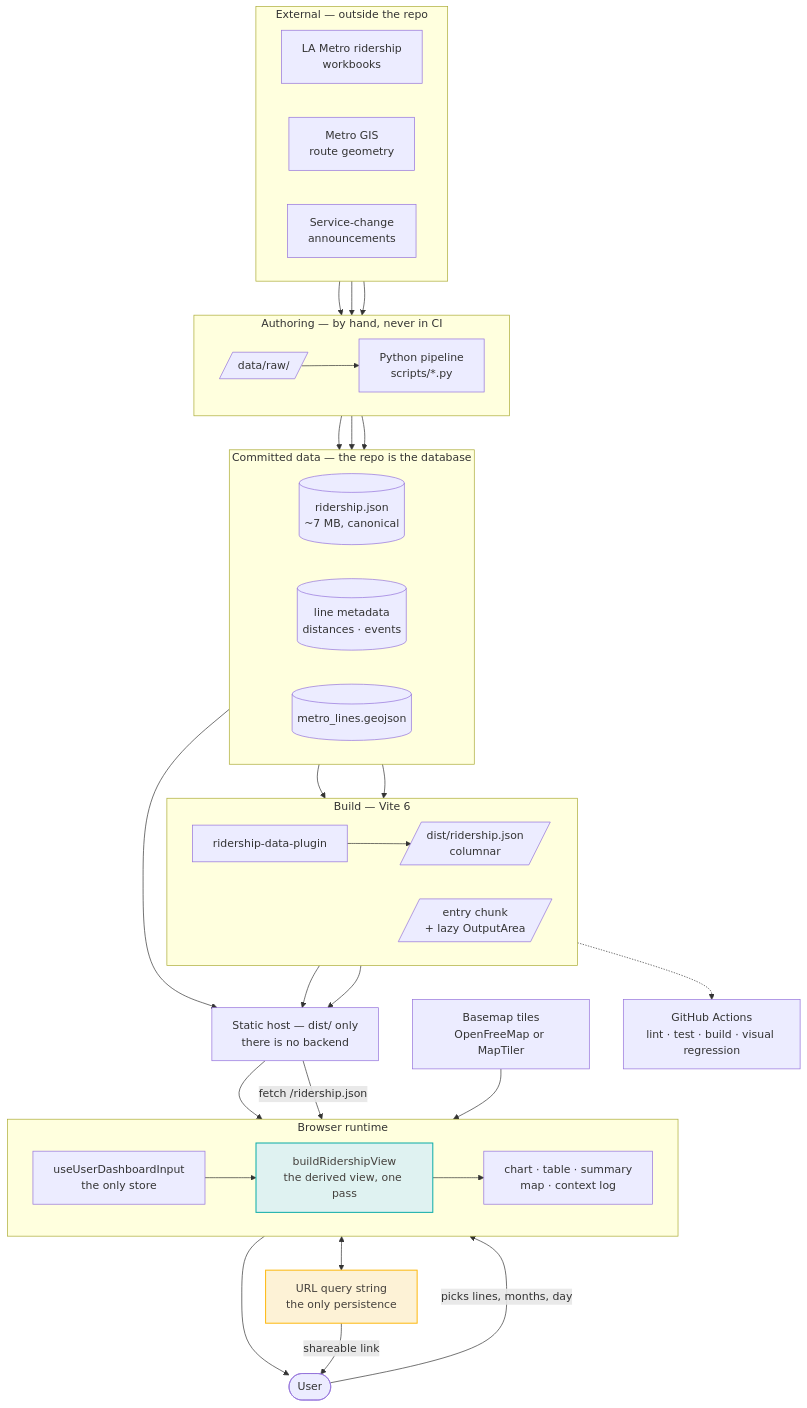
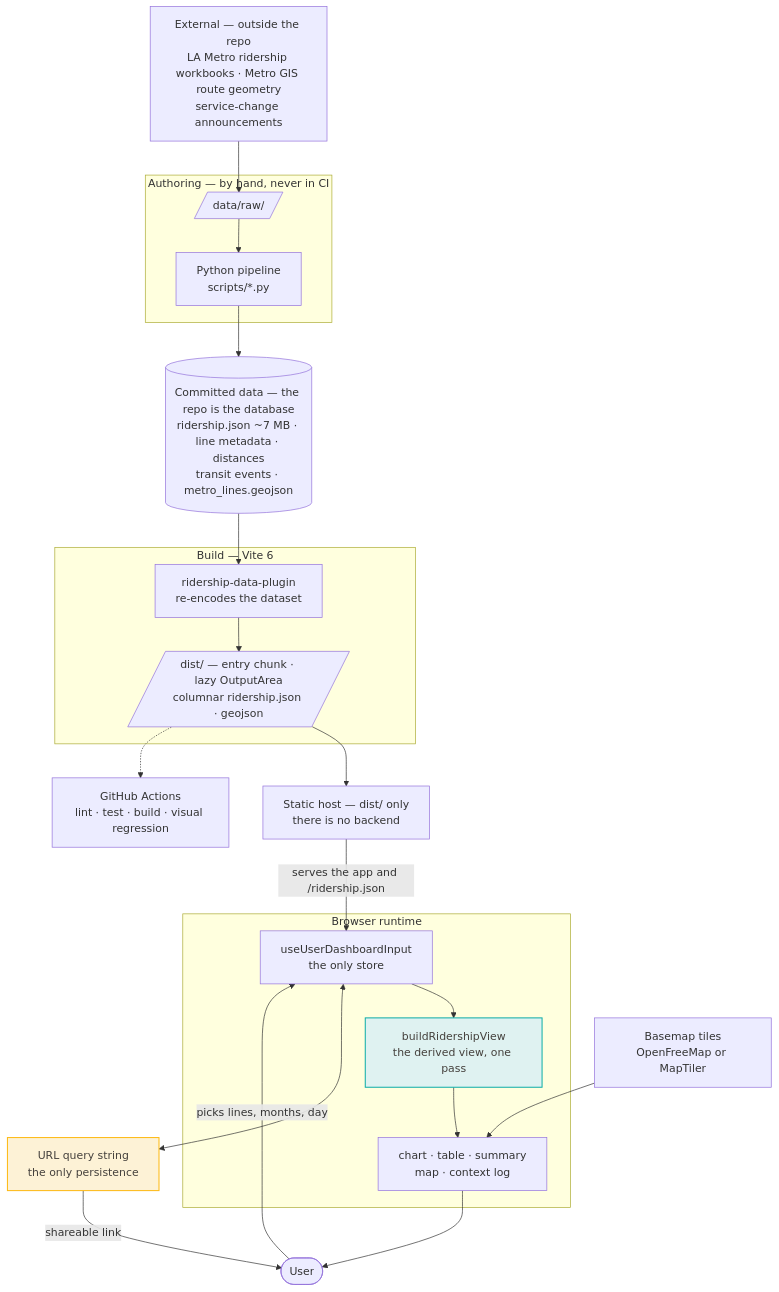
The first of 21 diagrams in docs/architecture/diagrams.md (streetsforall/metro_ridership_app), drawn with Mermaid before and after one commit. The commit also changed other lines of this file and 9 other files, not shown here.

````diff
--- a/docs/architecture/diagrams.md
+++ b/docs/architecture/diagrams.md
@@ -49,75 +49,51 @@
 ```mermaid
 flowchart TB
-  subgraph ext["External — outside the repo"]
-    direction LR
-    metroXlsx["LA Metro ridership<br/>workbooks"]
-    metroGis["Metro GIS<br/>route geometry"]
-    announce["Service-change<br/>announcements"]
-  end
+  ext["External — outside the repo<br/>LA Metro ridership workbooks · Metro GIS route geometry<br/>service-change announcements"]
 
   subgraph authoring["Authoring — by hand, never in CI"]
-    direction LR
     raw[/"data/raw/"/]
     py["Python pipeline<br/>scripts/*.py"]
     raw --> py
   end
 
-  subgraph committed["Committed data — the repo is the database"]
-    direction LR
-    canonical[("ridership.json<br/>~7 MB, canonical")]
-    meta[("line metadata<br/>distances · events")]
-    geo[("metro_lines.geojson")]
-  end
+  committed[("Committed data — the repo is the database<br/>ridership.json ~7 MB · line metadata · distances<br/>transit events · metro_lines.geojson")]
 
   subgraph build["Build — Vite 6"]
-    direction LR
-    plugin["ridership-data-plugin"]
-    columnar[/"dist/ridership.json<br/>columnar"/]
-    chunks[/"entry chunk<br/>+ lazy OutputArea"/]
-    plugin --> columnar
+    plugin["ridership-data-plugin<br/>re-encodes the dataset"]
+    dist[/"dist/ — entry chunk · lazy OutputArea<br/>columnar ridership.json · geojson"/]
+    plugin --> dist
   end
 
   host["Static host — dist/ only<br/>there is no backend"]
 
   subgraph browser["Browser runtime"]
-    direction LR
     hook["useUserDashboardInput<br/>the only store"]
     view["buildRidershipView<br/>the derived view, one pass"]
     ui["chart · table · summary<br/>map · context log"]
     hook --> view --> ui
   end
 
   urlbar["URL query string<br/>the only persistence"]
   user(["User"])
   tiles["Basemap tiles<br/>OpenFreeMap or MapTiler"]
   ci["GitHub Actions<br/>lint · test · build · visual regression"]
 
-  metroXlsx --> raw
-  metroGis --> py
-  announce --> py
-  py --> canonical
-  py --> meta
-  py --> geo
-
-  canonical --> plugin
-  meta --> chunks
-  columnar --> host
-  chunks --> host
-  geo --> host
-
-  host --> hook
-  host -- "fetch /ridership.json" --> view
+  ext --> raw
+  py --> committed
+  committed --> plugin
+  dist --> host
+  host -- "serves the app and /ridership.json" --> hook
   tiles --> ui
 
   ui --> user
   user -- "picks lines, months, day" --> hook
   hook <--> urlbar
   urlbar -- "shareable link" --> user
 
-  chunks -.-> ci
+  dist -.-> ci
 
   classDef key fill:#dff2f1,stroke:#0fada8,stroke-width:1.5px,color:#44403c
   classDef pending fill:#fdf2d6,stroke:#fdb913,stroke-width:1.5px,color:#44403c
   class view key
   class urlbar pending
 ```
````
